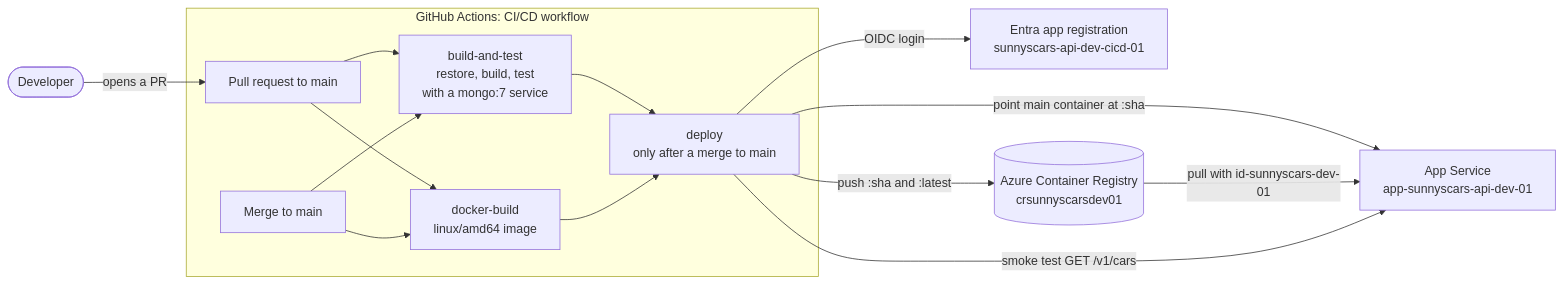
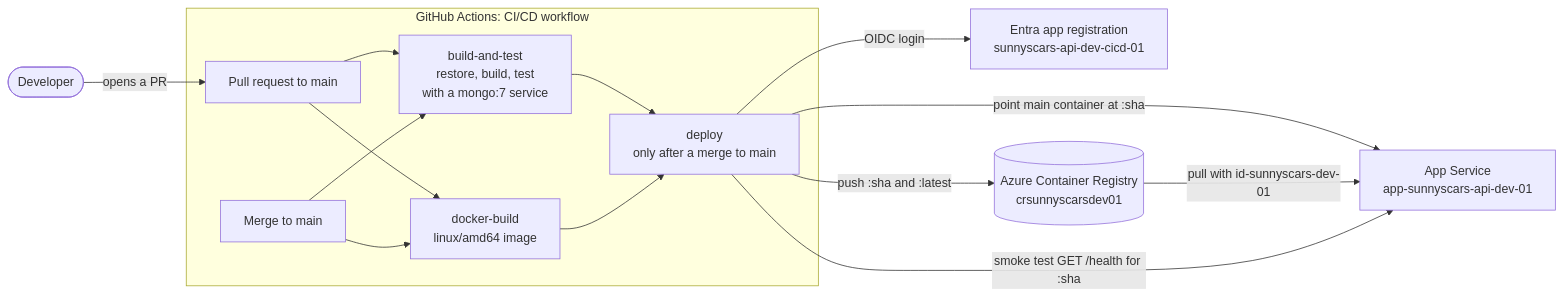
The second of 2 diagrams in README.md (sunny-sidhu/sunnyscars-inventory), drawn with Mermaid before and after one commit. The commit also changed other lines of this file and 9 other files, not shown here.

First line of the commit message:
Add a /health endpoint and smoke-test the deployed commit (SCI-7)

````diff
--- a/README.md
+++ b/README.md
@@ -76,23 +92,23 @@
 ```mermaid
 flowchart LR
     dev(["Developer"])
 
     subgraph gha ["GitHub Actions: CI/CD workflow"]
         pr["Pull request to main"] --> ci
         merge["Merge to main"] --> ci
         ci["build-and-test<br/>restore, build, test<br/>with a mongo:7 service"]
         img["docker-build<br/>linux/amd64 image"]
         pr --> img
         merge --> img
         ci --> deploy
         img --> deploy
         deploy["deploy<br/>only after a merge to main"]
     end
 
     dev -- "opens a PR" --> pr
     deploy -- "OIDC login" --> entra["Entra app registration<br/>sunnyscars-api-dev-cicd-01"]
     deploy -- "push :sha and :latest" --> acr[("Azure Container Registry<br/>crsunnyscarsdev01")]
     deploy -- "point main container at :sha" --> appsvc["App Service<br/>app-sunnyscars-api-dev-01"]
     acr -- "pull with id-sunnyscars-dev-01" --> appsvc
-    deploy -- "smoke test GET /v1/cars" --> appsvc
+    deploy -- "smoke test GET /health for :sha" --> appsvc
 ```
````
